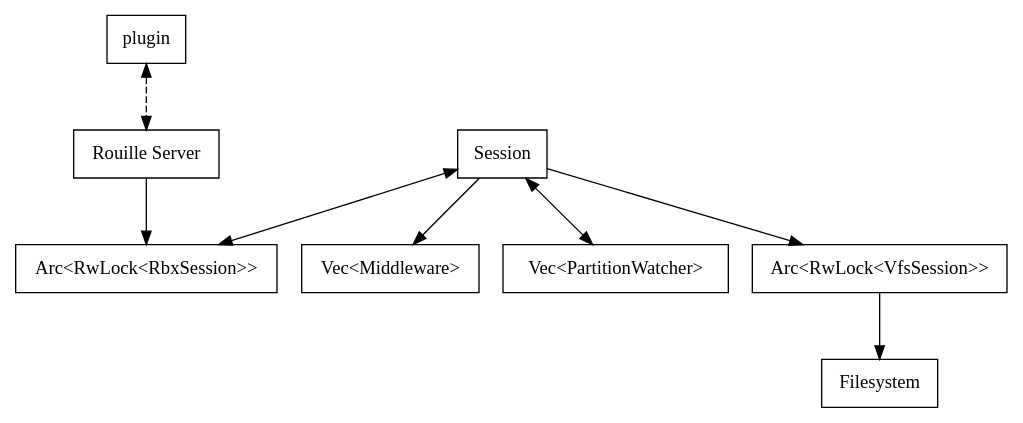
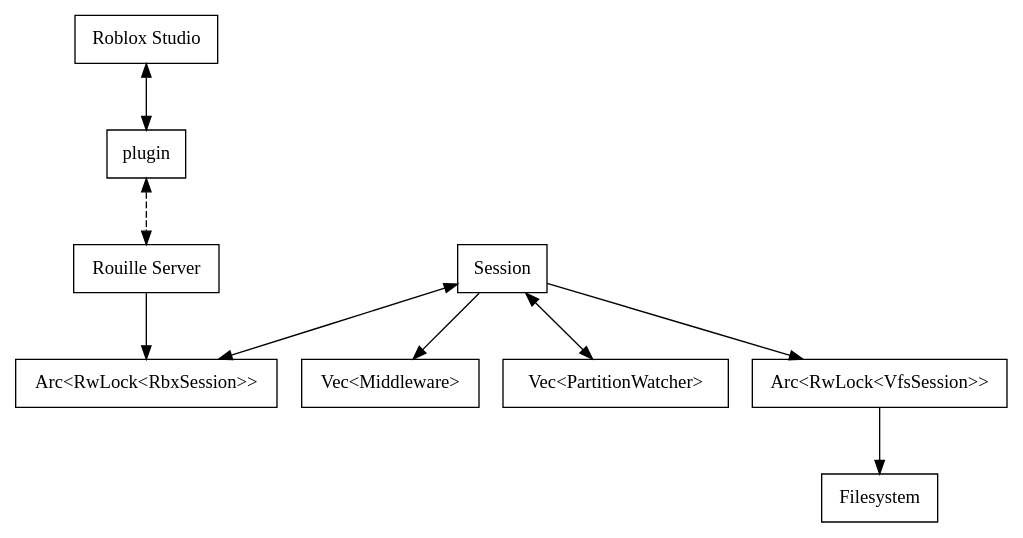
One commit to rojo-rbx/rojo changed the diagram in design.gv. Above: the diagram before and after it, drawn with Graphviz.

Commit message:
Update design graph a bit

```diff
--- a/design.gv
+++ b/design.gv
@@ -1,26 +1,28 @@
 digraph G {
 	ranksep=0.7;
 	node [
 		fontname="Hack",
 		shape="box",
 	];
 
+	roblox_studio -> plugin [dir="both"];
 	plugin -> web_server [style="dashed", dir="both"];
 
 	web_server -> rbx_session;
 
 	session -> rbx_session [dir="both"];
 	session -> middlewares;
 	session -> watchers [dir="both"];
 	session -> vfs_session;
 
 	vfs_session -> fs;
 
+	roblox_studio [label="Roblox Studio"];
 	fs [label="Filesystem"];
 	middlewares [label="Vec<Middleware>"];
 	watchers [label="Vec<PartitionWatcher>"];
 	session [label="Session"];
 	web_server [label="Rouille Server"];
 	vfs_session [label="Arc<RwLock<VfsSession>>"];
 	rbx_session [label="Arc<RwLock<RbxSession>>"];
 }
```
